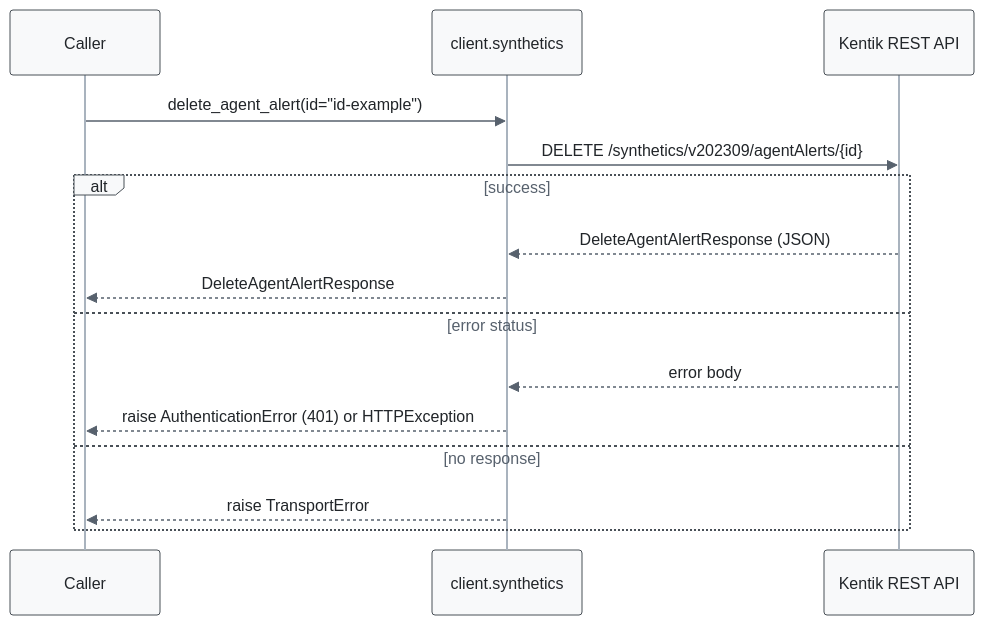
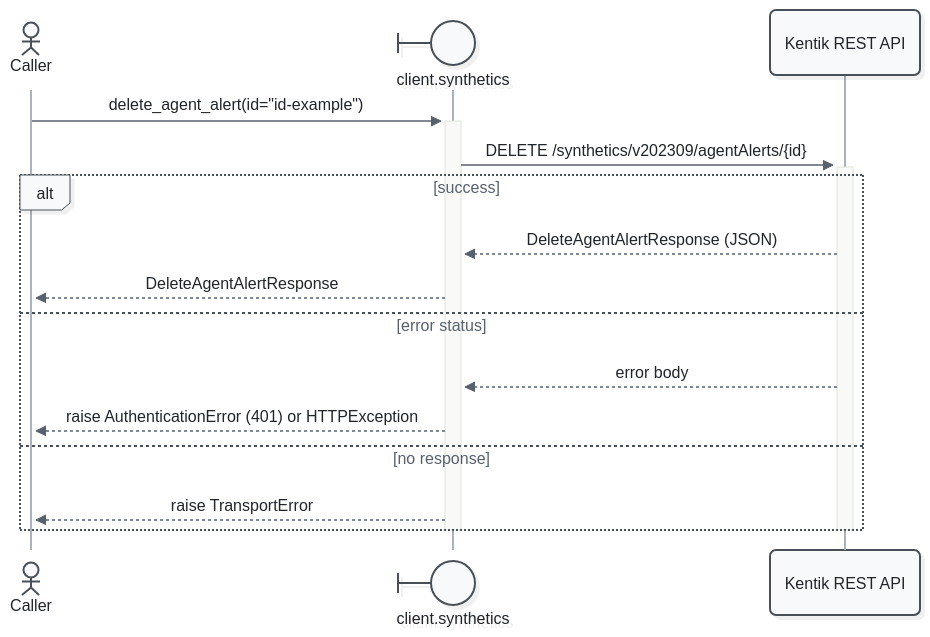
Before and after one commit to alexdearaujo/community_sdk_python: the ninth of 37 diagrams in docs/sphinx/services/synthetics.md, drawn with Mermaid. The commit also changed other lines of this file and 52 other files, not shown here.

First line of the commit message:
docs: Mermaid 12 sequence diagrams with participant types and path colors

````diff
--- a/docs/sphinx/services/synthetics.md
+++ b/docs/sphinx/services/synthetics.md
@@ -349,19 +369,21 @@
 ```mermaid
-%%{init: {"theme": "base", "fontFamily": "ui-monospace, SFMono-Regular, Menlo, monospace", "themeVariables": {"fontFamily": "ui-monospace, SFMono-Regular, Menlo, monospace", "primaryColor": "#f8f9fa", "primaryBorderColor": "#495057", "primaryTextColor": "#212529", "textColor": "#212529", "lineColor": "#77818c", "edgeLabelBackground": "#ffffff", "actorBkg": "#f8f9fa", "actorBorder": "#495057", "actorTextColor": "#212529", "actorLineColor": "#a9b3be", "signalColor": "#57616d", "signalTextColor": "#212529", "labelBoxBkgColor": "#f8f9fa", "labelBoxBorderColor": "#495057", "labelTextColor": "#212529", "loopTextColor": "#57616d", "noteBkgColor": "#fff9db", "noteBorderColor": "#f08c00", "noteTextColor": "#a35a00"}, "flowchart": {"curve": "step", "nodeSpacing": 30, "rankSpacing": 70, "wrappingWidth": 400}}}%%
+%%{init: {"theme": "redux", "look": "neo", "layout": "dagre", "fontFamily": "ui-monospace, SFMono-Regular, Menlo, monospace", "themeVariables": {"fontFamily": "ui-monospace, SFMono-Regular, Menlo, monospace", "primaryColor": "#f8f9fa", "primaryBorderColor": "#495057", "primaryTextColor": "#212529", "textColor": "#212529", "lineColor": "#77818c", "edgeLabelBackground": "#ffffff", "actorBkg": "#f8f9fa", "actorBorder": "#495057", "actorTextColor": "#212529", "actorLineColor": "#a9b3be", "signalColor": "#57616d", "signalTextColor": "#212529", "labelBoxBkgColor": "#f8f9fa", "labelBoxBorderColor": "#495057", "labelTextColor": "#212529", "loopTextColor": "#57616d", "noteBkgColor": "#fff9db", "noteBorderColor": "#f08c00", "noteTextColor": "#a35a00"}, "sequence": {"activationWidth": 16}, "flowchart": {"curve": "step", "nodeSpacing": 30, "rankSpacing": 70, "wrappingWidth": 400}}}%%
 sequenceDiagram
-    participant C as Caller
-    participant W as client.synthetics
+    actor C as Caller
+    participant W@{ "type": "boundary" } as client.synthetics
     participant API as Kentik REST API
 
-    C->>W: delete_agent_alert(id="id-example")
-    W->>API: DELETE /synthetics/v202309/agentAlerts/{id}
+    C->>+W: delete_agent_alert(id="id-example")
+    W->>+API: DELETE /synthetics/v202309/agentAlerts/{id}
     alt success
         API-->>W: DeleteAgentAlertResponse (JSON)
         W-->>C: DeleteAgentAlertResponse
     else error status
         API-->>W: error body
         W-->>C: raise AuthenticationError (401) or HTTPException
     else no response
         W-->>C: raise TransportError
     end
+    deactivate API
+    deactivate W
 ```
````
